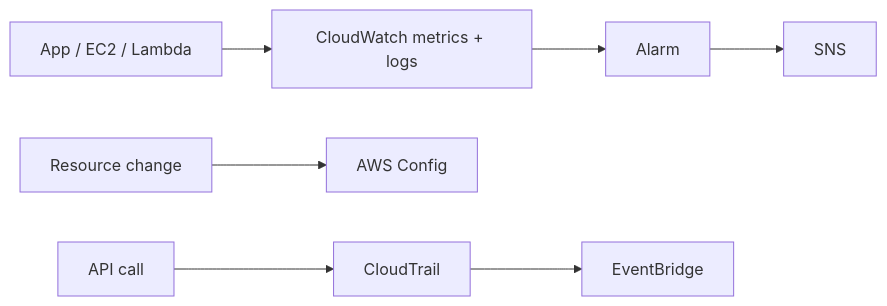
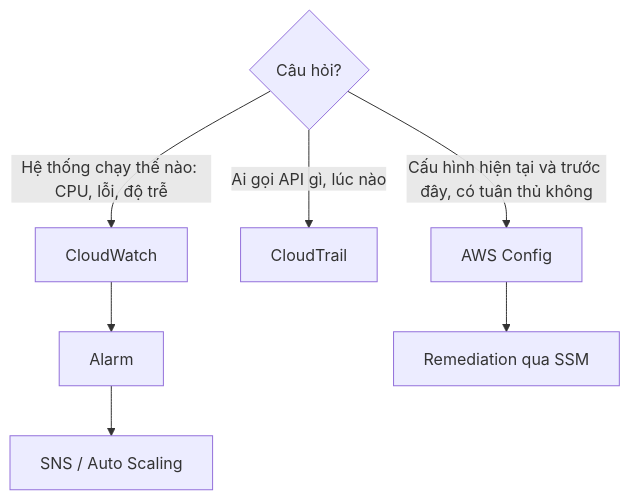
One commit to passion-Infinity/personal-tech-playbook changed the diagram in src/assets/knowledge/playbooks/aws/cloudwatch-cloudtrail-config.md. Above: the diagram before and after it, drawn with Mermaid. The commit also changed other lines of this file and 6 other files, not shown here.

First line of the commit message:
Deep-dive rewrite: SQS/SNS/EventBridge, Lambda, DR, EBS/EFS/FSx, CloudWatch/CloudTrail/Config, ECS/EKS/Fargate

````diff
--- a/src/assets/knowledge/playbooks/aws/cloudwatch-cloudtrail-config.md
+++ b/src/assets/knowledge/playbooks/aws/cloudwatch-cloudtrail-config.md
@@ -16,8 +30,9 @@
 ```mermaid
-flowchart LR
-    A["API call"] --> CT[CloudTrail]
-    R["Resource change"] --> CFG["AWS Config"]
-    APP["App / EC2 / Lambda"] --> CW["CloudWatch metrics + logs"]
-    CW --> AL[Alarm] --> SNS[SNS]
-    CT --> EB[EventBridge]
+flowchart TD
+    Q{Câu hỏi?} -->|"Hệ thống chạy thế nào: CPU, lỗi, độ trễ"| CW[CloudWatch]
+    Q -->|"Ai gọi API gì, lúc nào"| CT[CloudTrail]
+    Q -->|"Cấu hình hiện tại và trước đây, có tuân thủ không"| CFG["AWS Config"]
+    CW --> AL[Alarm]
+    AL --> SNS[SNS / Auto Scaling]
+    CFG --> RM["Remediation qua SSM"]
 ```
````
